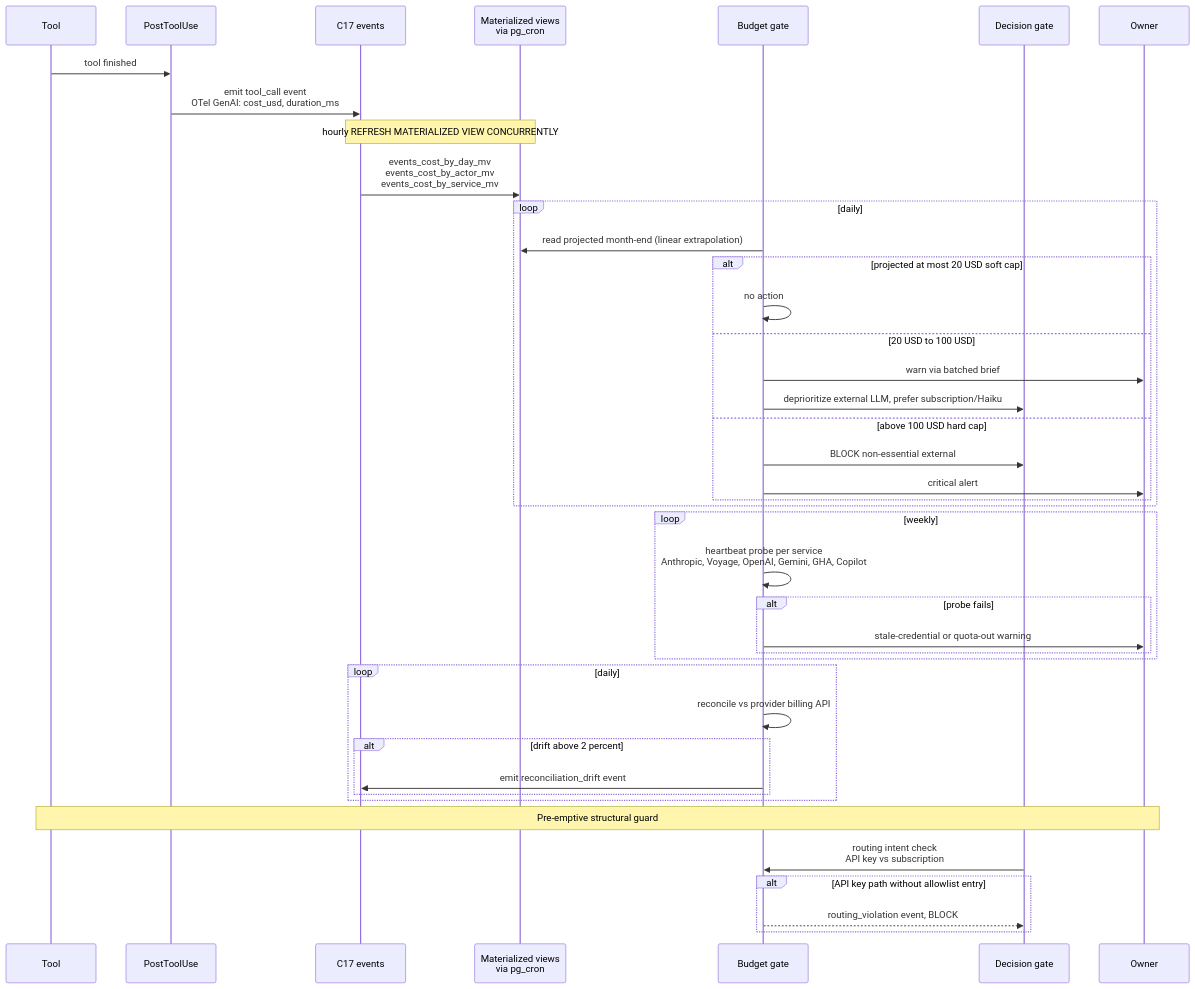
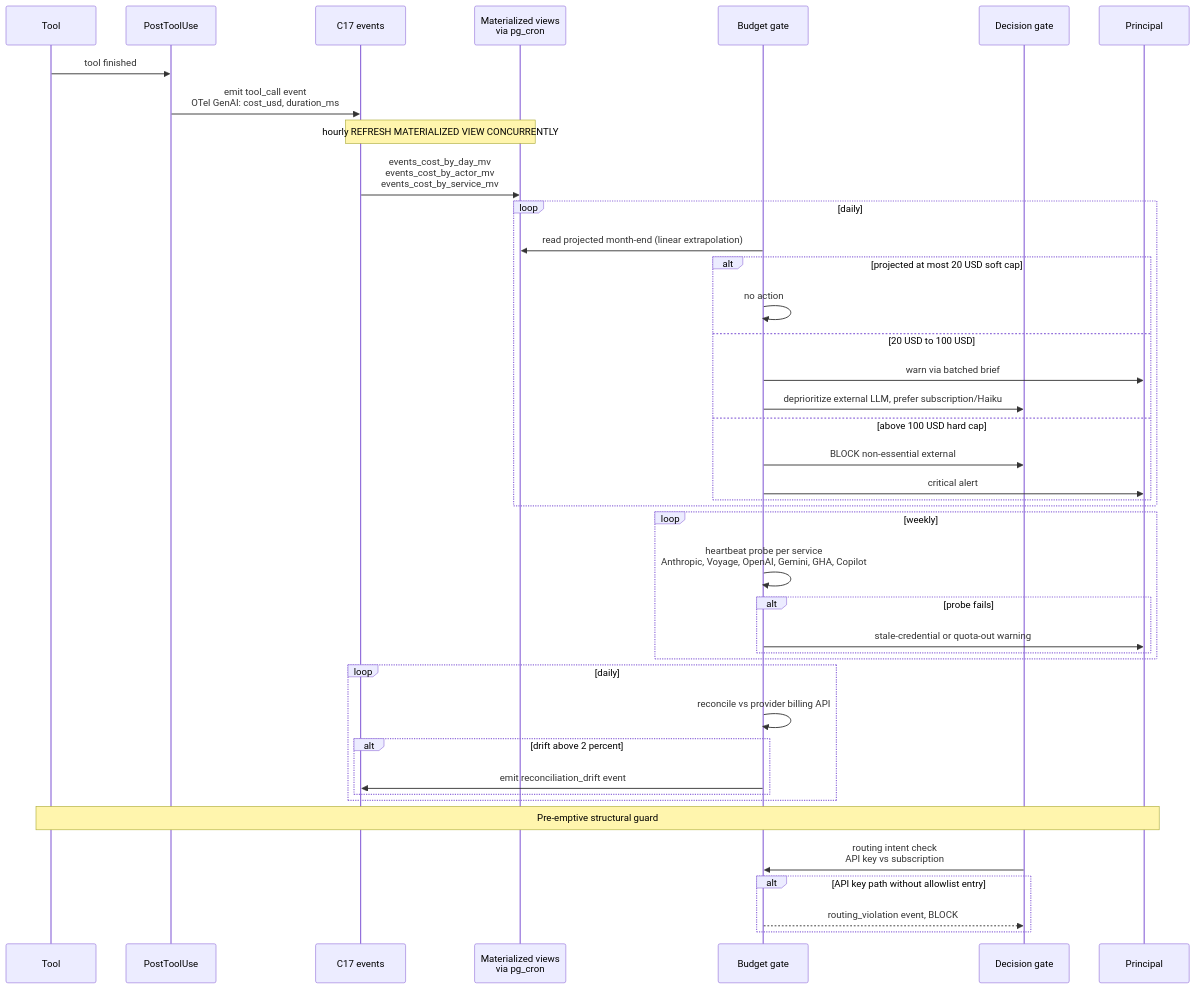
The eighth of 8 diagrams in docs/design/jarvis-flows.md (Osasuwu/jarvis), drawn with Mermaid before and after one commit. The commit also changed other lines of this file and 19 other files, not shown here.

````diff
--- a/docs/design/jarvis-flows.md
+++ b/docs/design/jarvis-flows.md
@@ -371,49 +377,49 @@
 ```mermaid
 sequenceDiagram
     participant Tool
     participant PostHook as PostToolUse
     participant Events as C17 events
     participant Views as Materialized views<br/>via pg_cron
     participant C13 as Budget gate
     participant C6 as Decision gate
-    participant Owner
+    participant Principal
 
     Tool->>PostHook: tool finished
     PostHook->>Events: emit tool_call event<br/>OTel GenAI: cost_usd, duration_ms
 
     Note over Events, Views: hourly REFRESH MATERIALIZED VIEW CONCURRENTLY
     Events->>Views: events_cost_by_day_mv<br/>events_cost_by_actor_mv<br/>events_cost_by_service_mv
 
     loop daily
         C13->>Views: read projected month-end (linear extrapolation)
         alt projected at most 20 USD soft cap
             C13->>C13: no action
         else 20 USD to 100 USD
-            C13->>Owner: warn via batched brief
+            C13->>Principal: warn via batched brief
             C13->>C6: deprioritize external LLM, prefer subscription/Haiku
         else above 100 USD hard cap
             C13->>C6: BLOCK non-essential external
-            C13->>Owner: critical alert
+            C13->>Principal: critical alert
         end
     end
 
     loop weekly
         C13->>C13: heartbeat probe per service<br/>Anthropic, Voyage, OpenAI, Gemini, GHA, Copilot
         alt probe fails
-            C13->>Owner: stale-credential or quota-out warning
+            C13->>Principal: stale-credential or quota-out warning
         end
     end
 
     loop daily
         C13->>C13: reconcile vs provider billing API
         alt drift above 2 percent
             C13->>Events: emit reconciliation_drift event
         end
     end
 
-    Note over Tool, Owner: Pre-emptive structural guard
+    Note over Tool, Principal: Pre-emptive structural guard
     C6->>C13: routing intent check<br/>API key vs subscription
     alt API key path without allowlist entry
         C13-->>C6: routing_violation event, BLOCK
     end
 ```
````
